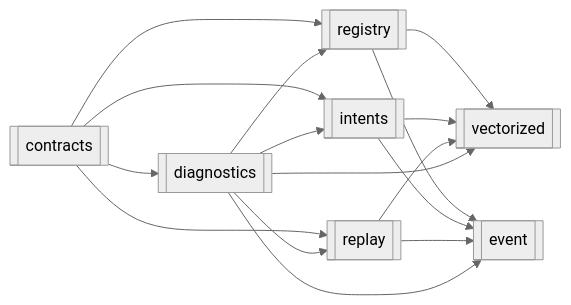
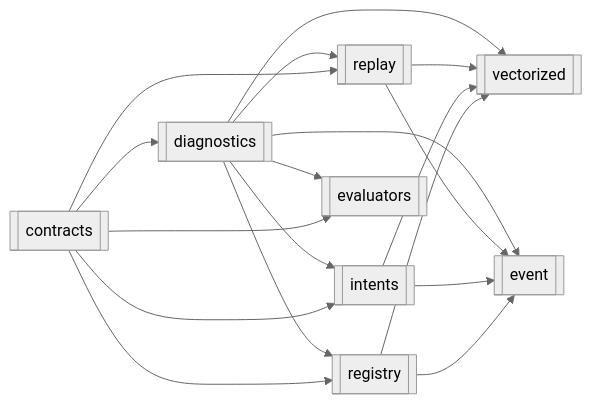
One commit to haruperi/HaruQuantAI changed the second of 2 diagrams in app/services/strategy/README.md. Above: the diagram before and after it, drawn with Mermaid (neutral theme). The commit also changed other lines of this file and 130 other files, not shown here.

Commit message:
feat (strategy) : implement modular strategy service architecture with evaluators, registry, diagnostics, and testing suite

````diff
--- a/app/services/strategy/README.md
+++ b/app/services/strategy/README.md
@@ -245,26 +274,29 @@
 ```mermaid
 flowchart LR
     CON[[contracts]]
     DIA[[diagnostics]]
     REG[[registry]]
     INT[[intents]]
     REP[[replay]]
     VEC[[vectorized]]
     EVT[[event]]
+    EVAL[[evaluators]]
 
     CON --> DIA
     CON --> REG
     DIA --> REG
     CON --> INT
     DIA --> INT
     CON --> REP
     DIA --> REP
     REG --> VEC
     INT --> VEC
     REP --> VEC
     DIA --> VEC
     REG --> EVT
     INT --> EVT
     REP --> EVT
     DIA --> EVT
+    CON --> EVAL
+    DIA --> EVAL
 ```
````
